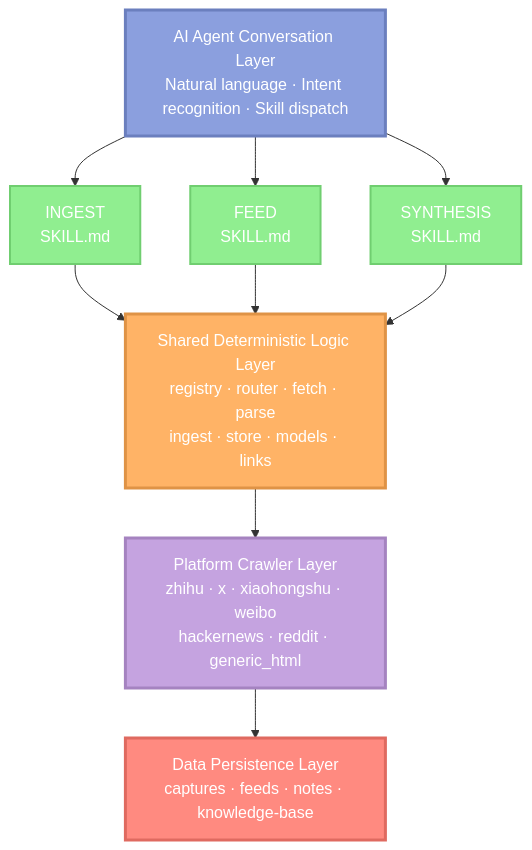
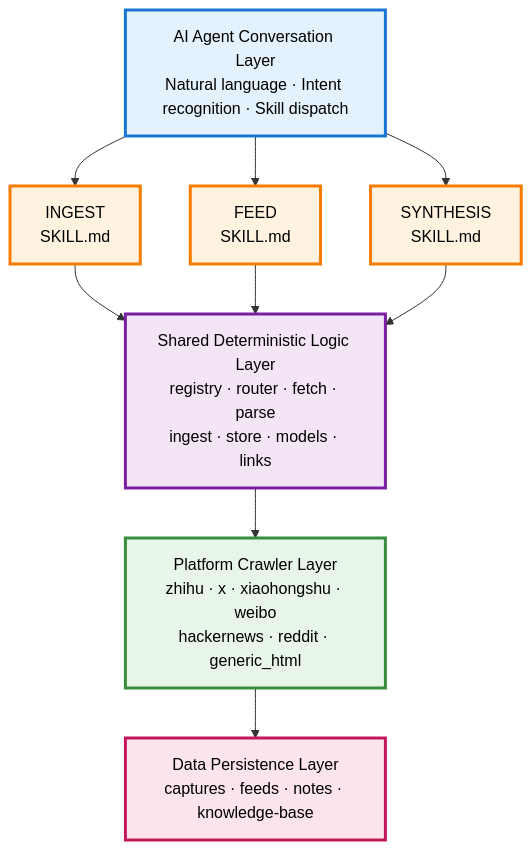
Before and after one commit to NatsuFox/Tapestry: the fourth of 4 diagrams in README.md, drawn with Mermaid. The commit also changed other lines of this file, not shown here.

````diff
--- a/README.md
+++ b/README.md
@@ -748,27 +748,27 @@
 ```mermaid
 flowchart TB
     A[AI Agent Conversation Layer<br/>Natural language · Intent recognition · Skill dispatch]
 
     B1[INGEST<br/>SKILL.md]
     B2[FEED<br/>SKILL.md]
     B3[SYNTHESIS<br/>SKILL.md]
 
     C[Shared Deterministic Logic Layer<br/>registry · router · fetch · parse<br/>ingest · store · models · links]
 
     D[Platform Crawler Layer<br/>zhihu · x · xiaohongshu · weibo<br/>hackernews · reddit · generic_html]
 
     E[Data Persistence Layer<br/>captures · feeds · notes · knowledge-base]
 
     A --> B1 & B2 & B3
     B1 & B2 & B3 --> C
     C --> D
     D --> E
 
-    style A fill:#8B9FDE,stroke:#6B7FBE,stroke-width:3px,color:#fff
-    style B1 fill:#90EE90,stroke:#70CE70,stroke-width:2px,color:#fff
-    style B2 fill:#90EE90,stroke:#70CE70,stroke-width:2px,color:#fff
-    style B3 fill:#90EE90,stroke:#70CE70,stroke-width:2px,color:#fff
-    style C fill:#FFB366,stroke:#DF9346,stroke-width:3px,color:#fff
-    style D fill:#C5A3E0,stroke:#A583C0,stroke-width:3px,color:#fff
-    style E fill:#FF8A80,stroke:#DF6A60,stroke-width:3px,color:#fff
+    style A fill:#e3f2fd,stroke:#1976d2,stroke-width:3px,color:#000
+    style B1 fill:#fff3e0,stroke:#f57c00,stroke-width:3px,color:#000
+    style B2 fill:#fff3e0,stroke:#f57c00,stroke-width:3px,color:#000
+    style B3 fill:#fff3e0,stroke:#f57c00,stroke-width:3px,color:#000
+    style C fill:#f3e5f5,stroke:#7b1fa2,stroke-width:3px,color:#000
+    style D fill:#e8f5e9,stroke:#388e3c,stroke-width:3px,color:#000
+    style E fill:#fce4ec,stroke:#c2185b,stroke-width:3px,color:#000
 ```
````
